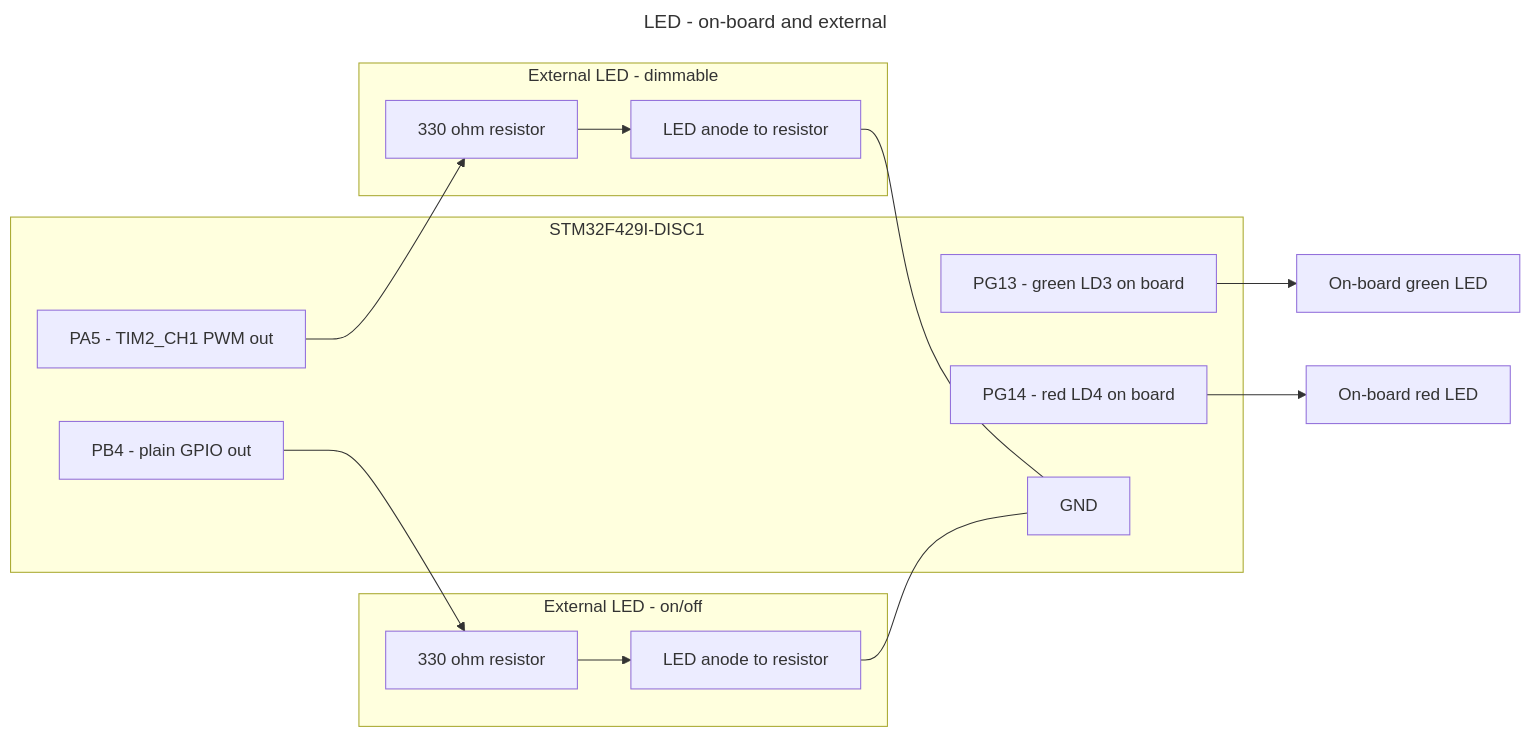
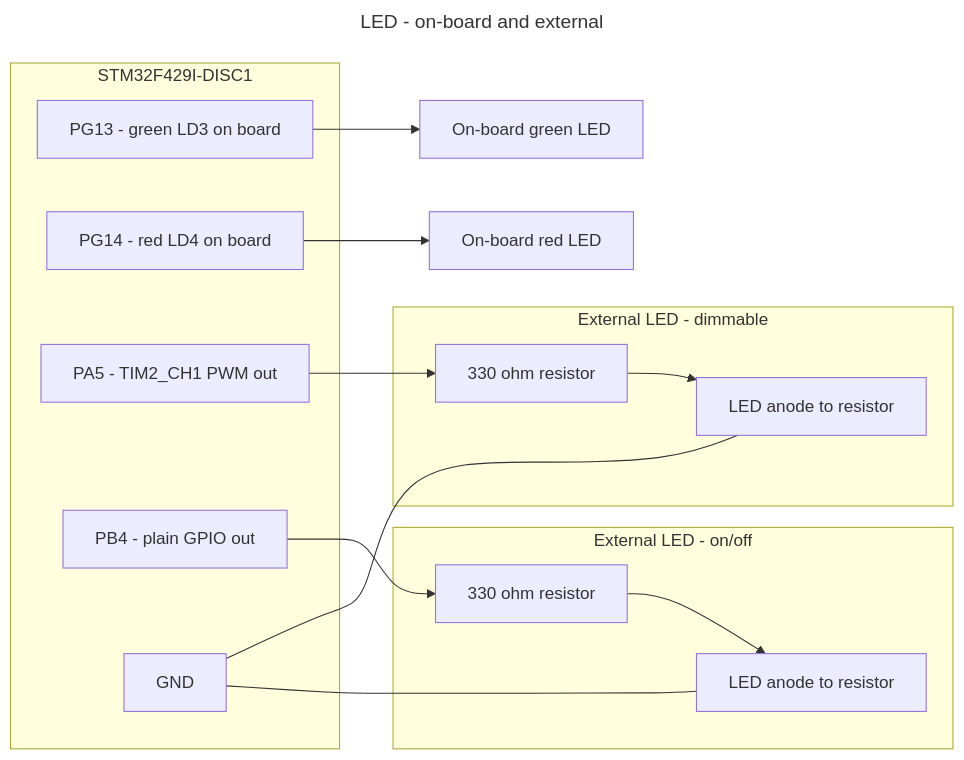
The diagram in Sensor_Cons/Peripherals/LED/led_wiring.mmd (Ekpenyong-Esu/BareMetalMCU2), drawn with Mermaid before and after one commit. The commit also changed 19 other files, not shown here.

First line of the commit message:
Rank every wiring diagram into a single row

```diff
--- a/Sensor_Cons/Peripherals/LED/led_wiring.mmd
+++ b/Sensor_Cons/Peripherals/LED/led_wiring.mmd
@@ -1,39 +1,39 @@
 ---
 title: LED - on-board and external
 ---
 %% Pins from Peripherals/BOARD/board.h.
 %% PG13 and PG14 are the soldered LEDs - nothing to wire for those.
 %% PA5 (TIM2_CH1) and PB4 are free in project.ioc for external LEDs.
 %% Always fit the series resistor; an STM32 pin can source about 20 mA and a
 %% bare LED will take far more than that.
 %% Use the PWM-capable pin if you want brightness control rather than on/off.
 flowchart LR
     subgraph MCU["STM32F429I-DISC1"]
         PG13["PG13 - green LD3 on board"]
         PG14["PG14 - red LD4 on board"]
         PA5["PA5 - TIM2_CH1 PWM out"]
         PB4["PB4 - plain GPIO out"]
         GND["GND"]
     end
 
     LD3["On-board green LED"]
     LD4["On-board red LED"]
 
     subgraph EXT["External LED - dimmable"]
         R1["330 ohm resistor"]
         L1["LED anode to resistor"]
     end
 
     subgraph EXT2["External LED - on/off"]
         R2["330 ohm resistor"]
         L2["LED anode to resistor"]
     end
 
     PG13 --> LD3
     PG14 --> LD4
     PA5 --> R1
     R1 --> L1
-    L1 --- GND
+    GND --- L1
     PB4 --> R2
     R2 --> L2
-    L2 --- GND
+    GND --- L2
```
